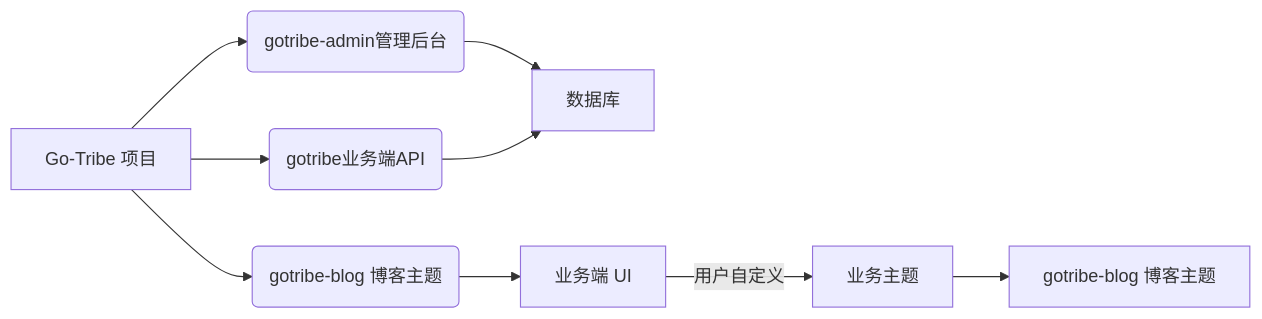
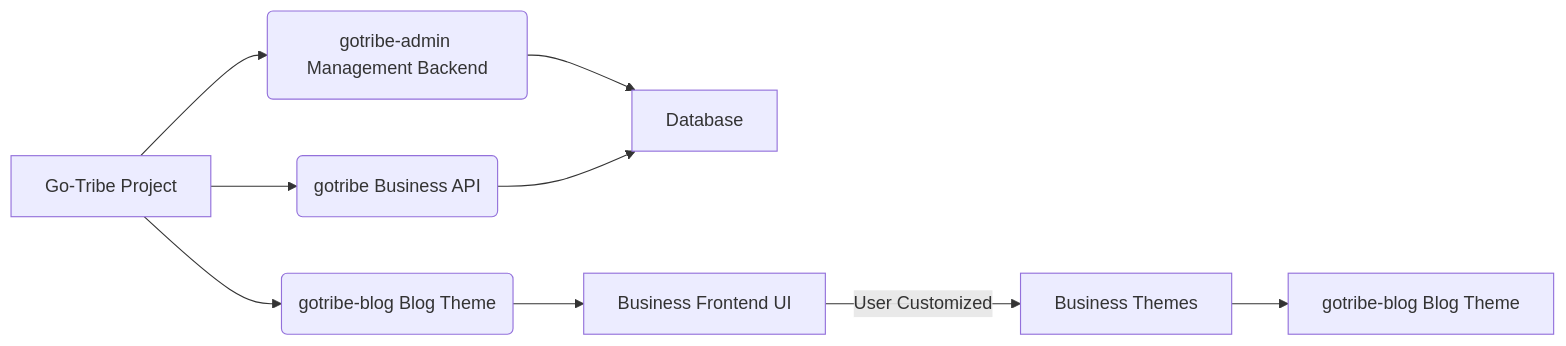
The diagram in README.md (Go-Tribe/gotribe-admin), drawn with Mermaid before and after one commit. The commit also changed other lines of this file and 1 other file, not shown here.

````diff
--- a/README.md
+++ b/README.md
@@ -49,13 +57,13 @@
 ```mermaid
-    graph LR
-    A[Go-Tribe 项目] --> B(gotribe-admin管理后台)
-    A --> C(gotribe业务端API)
-    A --> E(gotribe-blog 博客主题)
+graph LR
+    A[Go-Tribe Project] --> B(gotribe-admin Management Backend)
+    A --> C(gotribe Business API)
+    A --> E(gotribe-blog Blog Theme)
 
-    B --> F[数据库]
+    B --> F[Database]
     C --> F
 
-    E --> G[业务端 UI]
-    G -->|用户自定义| H[业务主题]
-    H --> I[gotribe-blog 博客主题]
+    E --> G[Business Frontend UI]
+    G -->|User Customized| H[Business Themes]
+    H --> I[gotribe-blog Blog Theme]
 ```
````
